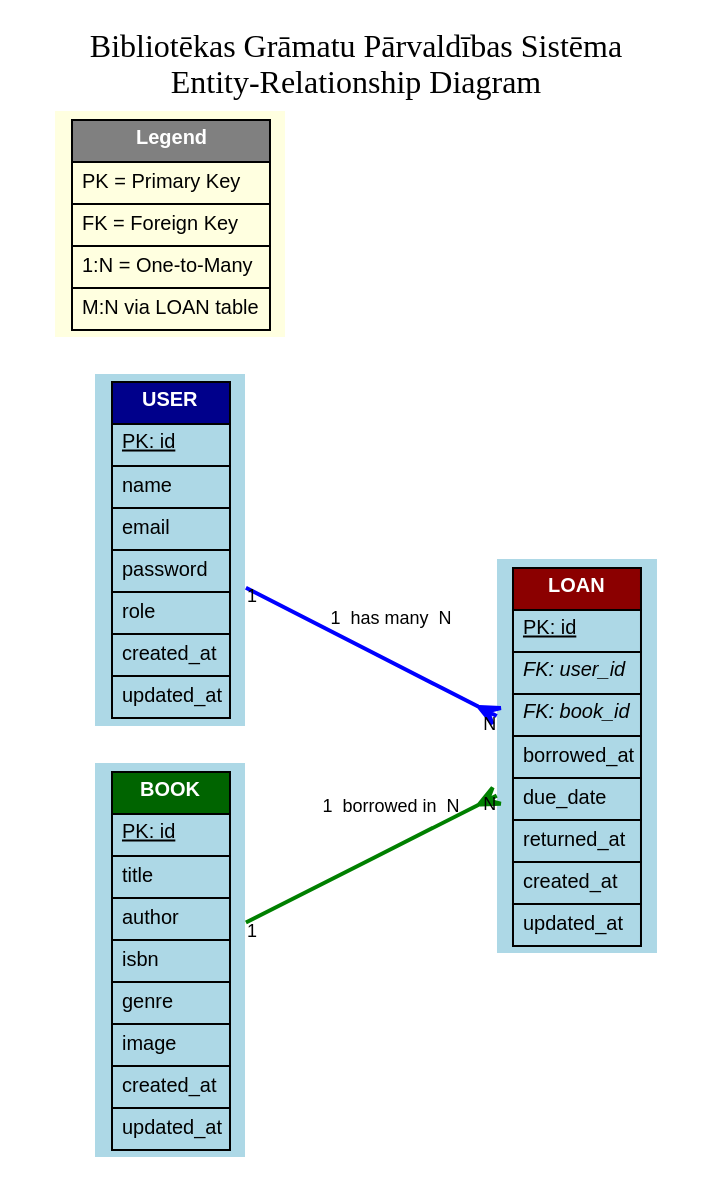
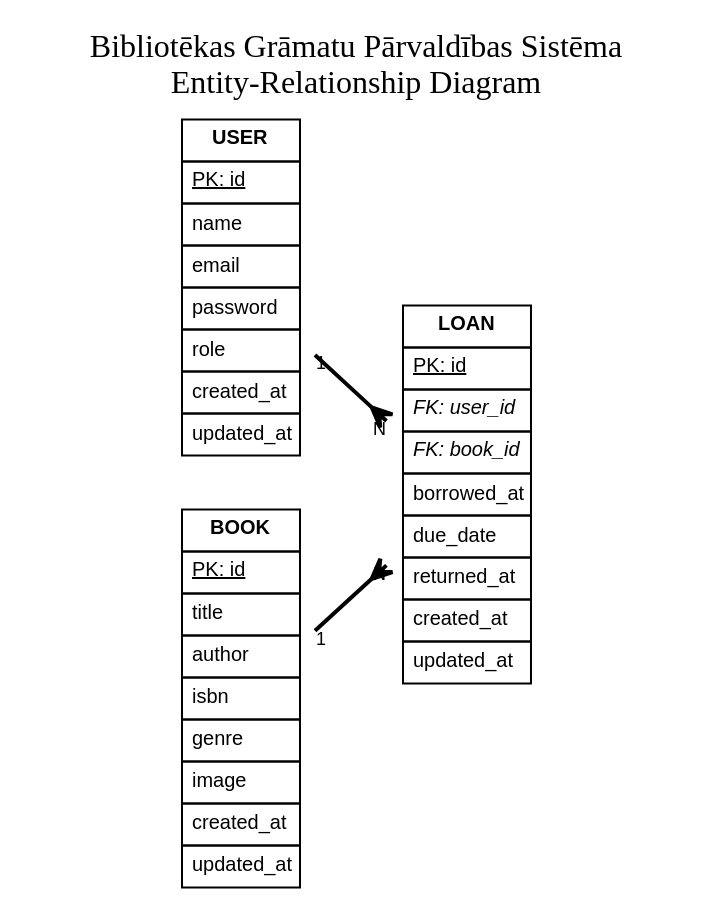
The diagram in er_diagram.dot (Peteris23/bibliot-eka), drawn with Graphviz before and after one commit. The commit also changed 9 other files, not shown here.

Commit message:
Update ER diagrams and clean up presentation files

```diff
--- a/er_diagram.dot
+++ b/er_diagram.dot
@@ -1,70 +1,59 @@
 digraph ER {
     rankdir=LR;
-    node [shape=box, style=filled, fillcolor=lightblue, fontname="Arial", fontsize=10];
+    node [shape=box, fontname="Arial", fontsize=10];
     edge [fontname="Arial", fontsize=9];
     
     // Entity: USER
     USER [label=<
         <TABLE BORDER="0" CELLBORDER="1" CELLSPACING="0" CELLPADDING="4">
-            <TR><TD BGCOLOR="darkblue"><FONT COLOR="white"><B>USER</B></FONT></TD></TR>
+            <TR><TD><B>USER</B></TD></TR>
             <TR><TD ALIGN="LEFT"><U>PK: id</U></TD></TR>
             <TR><TD ALIGN="LEFT">name</TD></TR>
             <TR><TD ALIGN="LEFT">email</TD></TR>
             <TR><TD ALIGN="LEFT">password</TD></TR>
             <TR><TD ALIGN="LEFT">role</TD></TR>
             <TR><TD ALIGN="LEFT">created_at</TD></TR>
             <TR><TD ALIGN="LEFT">updated_at</TD></TR>
         </TABLE>
     >, shape=plaintext];
     
     // Entity: BOOK
     BOOK [label=<
         <TABLE BORDER="0" CELLBORDER="1" CELLSPACING="0" CELLPADDING="4">
-            <TR><TD BGCOLOR="darkgreen"><FONT COLOR="white"><B>BOOK</B></FONT></TD></TR>
+            <TR><TD><B>BOOK</B></TD></TR>
             <TR><TD ALIGN="LEFT"><U>PK: id</U></TD></TR>
             <TR><TD ALIGN="LEFT">title</TD></TR>
             <TR><TD ALIGN="LEFT">author</TD></TR>
             <TR><TD ALIGN="LEFT">isbn</TD></TR>
             <TR><TD ALIGN="LEFT">genre</TD></TR>
             <TR><TD ALIGN="LEFT">image</TD></TR>
             <TR><TD ALIGN="LEFT">created_at</TD></TR>
             <TR><TD ALIGN="LEFT">updated_at</TD></TR>
         </TABLE>
     >, shape=plaintext];
     
     // Entity: LOAN
     LOAN [label=<
         <TABLE BORDER="0" CELLBORDER="1" CELLSPACING="0" CELLPADDING="4">
-            <TR><TD BGCOLOR="darkred"><FONT COLOR="white"><B>LOAN</B></FONT></TD></TR>
+            <TR><TD><B>LOAN</B></TD></TR>
             <TR><TD ALIGN="LEFT"><U>PK: id</U></TD></TR>
             <TR><TD ALIGN="LEFT"><I>FK: user_id</I></TD></TR>
             <TR><TD ALIGN="LEFT"><I>FK: book_id</I></TD></TR>
             <TR><TD ALIGN="LEFT">borrowed_at</TD></TR>
             <TR><TD ALIGN="LEFT">due_date</TD></TR>
             <TR><TD ALIGN="LEFT">returned_at</TD></TR>
             <TR><TD ALIGN="LEFT">created_at</TD></TR>
             <TR><TD ALIGN="LEFT">updated_at</TD></TR>
         </TABLE>
     >, shape=plaintext];
     
     // Relationships
-    USER -> LOAN [label="1  has many  N", headlabel="N", taillabel="1", arrowhead=crow, color=blue, penwidth=2];
-    BOOK -> LOAN [label="1  borrowed in  N", headlabel="N", taillabel="1", arrowhead=crow, color=green, penwidth=2];
-    
-    // Legend
-    legend [label=<
-        <TABLE BORDER="0" CELLBORDER="1" CELLSPACING="0" CELLPADDING="4">
-            <TR><TD BGCOLOR="gray"><FONT COLOR="white"><B>Legend</B></FONT></TD></TR>
-            <TR><TD ALIGN="LEFT">PK = Primary Key</TD></TR>
-            <TR><TD ALIGN="LEFT">FK = Foreign Key</TD></TR>
-            <TR><TD ALIGN="LEFT">1:N = One-to-Many</TD></TR>
-            <TR><TD ALIGN="LEFT">M:N via LOAN table</TD></TR>
-        </TABLE>
-    >, shape=plaintext, fillcolor=lightyellow];
+    USER -> LOAN [headlabel="N", taillabel="1", arrowhead=crow, penwidth=2];
+    BOOK -> LOAN [headlabel="N", taillabel="1", arrowhead=crow, penwidth=2];
     
     // Add title
     labelloc="t";
     label="Bibliotēkas Grāmatu Pārvaldības Sistēma\nEntity-Relationship Diagram";
     fontsize=16;
     fontname="Arial Bold";
 }
```
